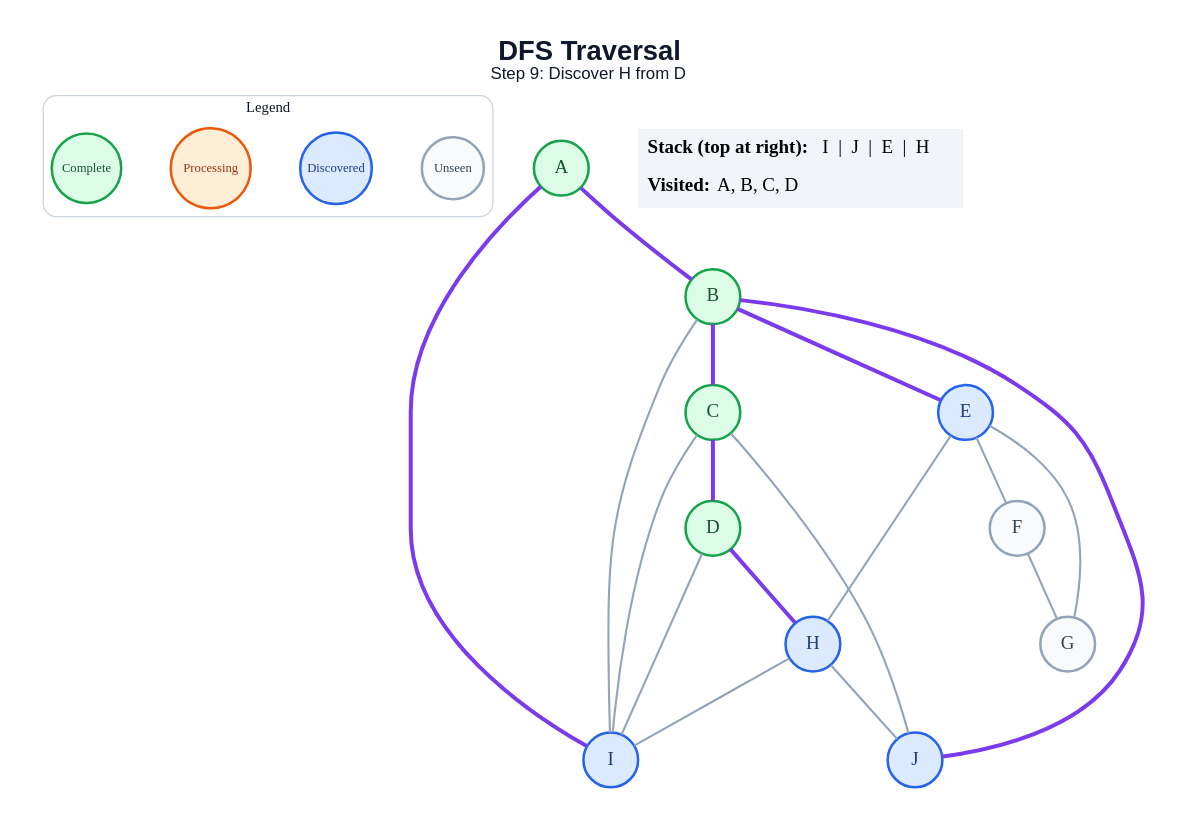
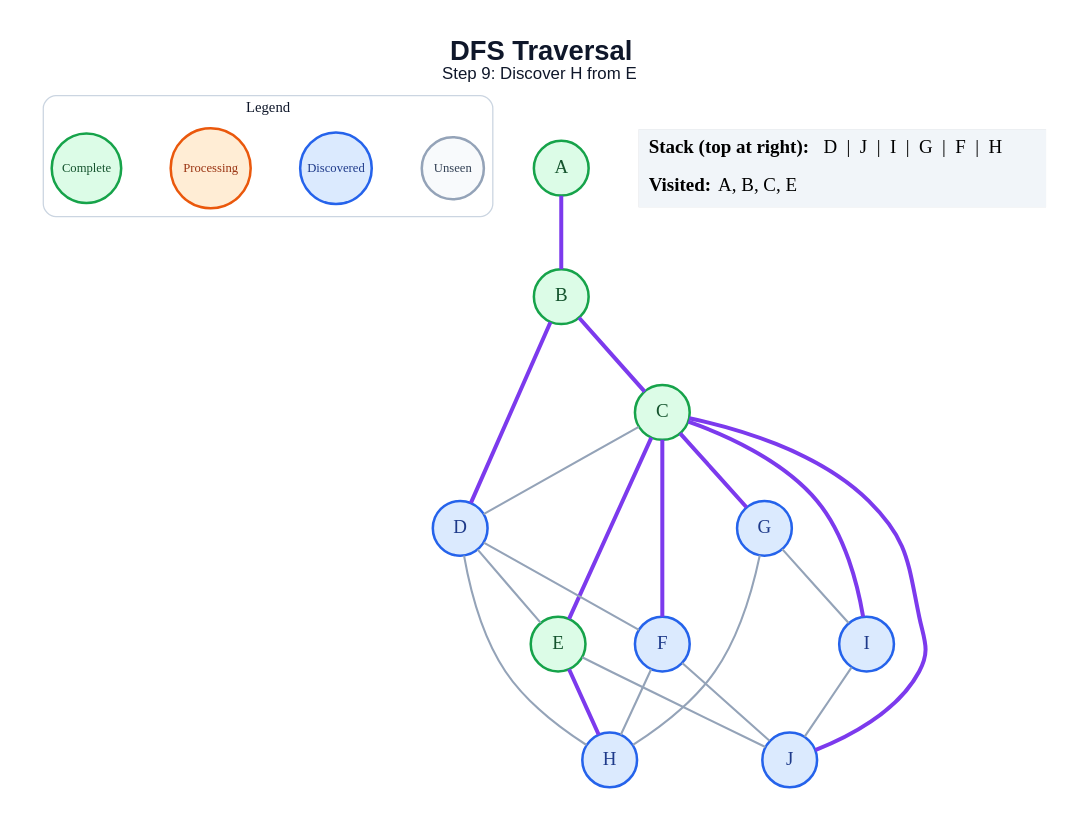
The diagram in generated/dfs/step_09.dot (anon7238593-create/ai-slop), drawn with Graphviz before and after one commit. The commit also changed 178 other files, not shown here.

```diff
--- a/generated/dfs/step_09.dot
+++ b/generated/dfs/step_09.dot
@@ -1,46 +1,48 @@
 graph traversal {
   graph [layout=dot, rankdir=TB, bgcolor="#FFFFFF", pad="0.35", nodesep="0.65", ranksep="0.8", fontname="Arial"];
   node [shape=circle, style="filled", fontname="Arial Bold", fontsize=18, width=0.72, fixedsize=true, penwidth=2.4];
   edge [color="#94A3B8", penwidth=2.0];
-  label=<<B>DFS Traversal</B><BR/><FONT POINT-SIZE="16">Step 9: Discover H from D</FONT>>; labelloc="t"; fontsize=26; fontname="Arial"; fontcolor="#0F172A";
+  label=<<B>DFS Traversal</B><BR/><FONT POINT-SIZE="16">Step 9: Discover H from E</FONT>>; labelloc="t"; fontsize=26; fontname="Arial"; fontcolor="#0F172A";
   subgraph cluster_legend { label="Legend"; color="#CBD5E1"; penwidth=1.2; style="rounded"; fontsize=14; fontname="Arial Bold";
     key_unseen [label="Unseen", fillcolor="#F8FAFC", color="#94A3B8", fontcolor="#334155", fontsize=12, width=0.82];
     key_frontier [label="Discovered", fillcolor="#DBEAFE", color="#2563EB", fontcolor="#1E3A8A", fontsize=12, width=0.95];
     key_current [label="Processing", fillcolor="#FFEDD5", color="#EA580C", fontcolor="#9A3412", fontsize=12, width=1.05];
     key_done [label="Complete", fillcolor="#DCFCE7", color="#16A34A", fontcolor="#14532D", fontsize=12, width=0.92];
     { rank=same; key_unseen; key_frontier; key_current; key_done; }
   }
   A [fillcolor="#DCFCE7", color="#16A34A", fontcolor="#14532D"];
   B [fillcolor="#DCFCE7", color="#16A34A", fontcolor="#14532D"];
   C [fillcolor="#DCFCE7", color="#16A34A", fontcolor="#14532D"];
-  D [fillcolor="#DCFCE7", color="#16A34A", fontcolor="#14532D"];
-  E [fillcolor="#DBEAFE", color="#2563EB", fontcolor="#1E3A8A"];
-  F [fillcolor="#F8FAFC", color="#94A3B8", fontcolor="#334155"];
-  G [fillcolor="#F8FAFC", color="#94A3B8", fontcolor="#334155"];
+  D [fillcolor="#DBEAFE", color="#2563EB", fontcolor="#1E3A8A"];
+  E [fillcolor="#DCFCE7", color="#16A34A", fontcolor="#14532D"];
+  F [fillcolor="#DBEAFE", color="#2563EB", fontcolor="#1E3A8A"];
+  G [fillcolor="#DBEAFE", color="#2563EB", fontcolor="#1E3A8A"];
   H [fillcolor="#DBEAFE", color="#2563EB", fontcolor="#1E3A8A"];
   I [fillcolor="#DBEAFE", color="#2563EB", fontcolor="#1E3A8A"];
   J [fillcolor="#DBEAFE", color="#2563EB", fontcolor="#1E3A8A"];
   A -- B [color="#7C3AED", penwidth=3.8];
-  A -- I [color="#7C3AED", penwidth=3.8];
   B -- C [color="#7C3AED", penwidth=3.8];
-  B -- E [color="#7C3AED", penwidth=3.8];
-  B -- I;
-  B -- J [color="#7C3AED", penwidth=3.8];
-  C -- D [color="#7C3AED", penwidth=3.8];
-  C -- I;
-  C -- J;
-  D -- H [color="#7C3AED", penwidth=3.8];
-  D -- I;
-  E -- F;
-  E -- G;
-  E -- H;
-  F -- G;
-  H -- I;
-  H -- J;
+  B -- D [color="#7C3AED", penwidth=3.8];
+  C -- D;
+  C -- E [color="#7C3AED", penwidth=3.8];
+  C -- F [color="#7C3AED", penwidth=3.8];
+  C -- G [color="#7C3AED", penwidth=3.8];
+  C -- I [color="#7C3AED", penwidth=3.8];
+  C -- J [color="#7C3AED", penwidth=3.8];
+  D -- E;
+  D -- F;
+  D -- H;
+  E -- H [color="#7C3AED", penwidth=3.8];
+  E -- J;
+  F -- H;
+  F -- J;
+  G -- H;
+  G -- I;
+  I -- J;
   status [shape=plain, fixedsize=false, width=0, height=0, margin=0, label=<
     <TABLE BORDER="0" CELLBORDER="0" CELLPADDING="7" BGCOLOR="#F1F5F9">
-      <TR><TD ALIGN="LEFT"><B>Stack (top at right):</B> I  |  J  |  E  |  H</TD></TR>
-      <TR><TD ALIGN="LEFT"><B>Visited:</B> A, B, C, D</TD></TR>
+      <TR><TD ALIGN="LEFT"><B>Stack (top at right):</B> D  |  J  |  I  |  G  |  F  |  H</TD></TR>
+      <TR><TD ALIGN="LEFT"><B>Visited:</B> A, B, C, E</TD></TR>
     </TABLE>
   >];
 }
```
